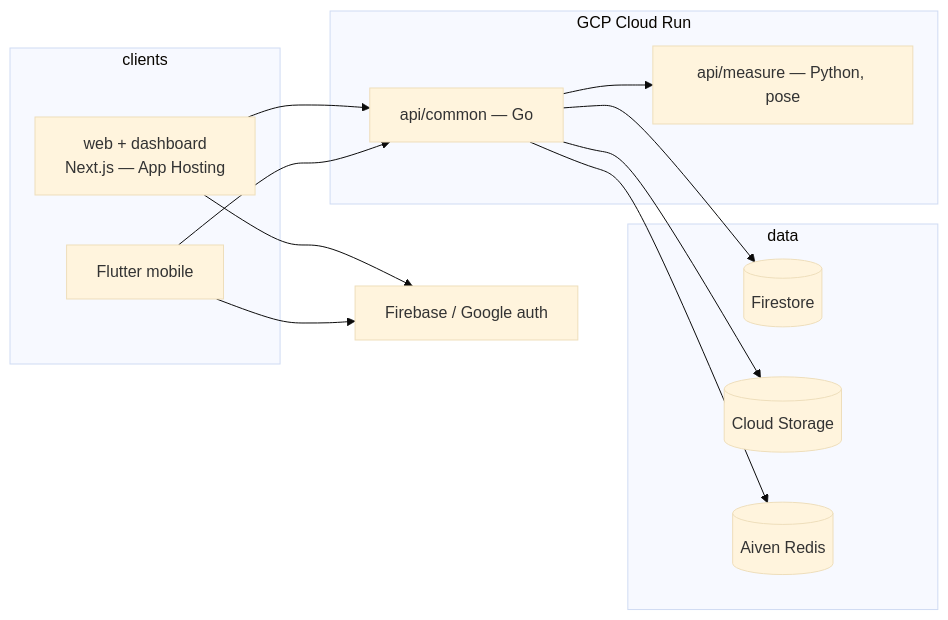
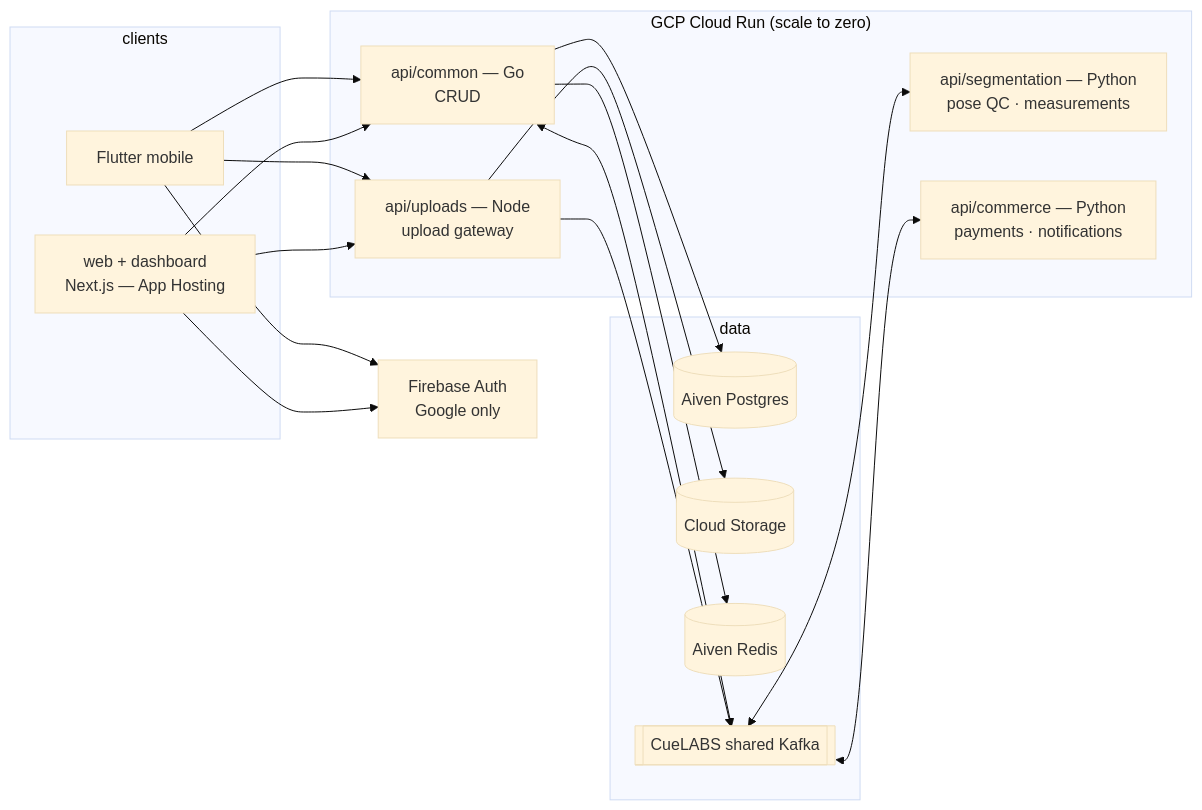
The diagram in README.md (cuesoftinc/apparule), drawn with Mermaid (base theme) before and after one commit. The commit also changed other lines of this file and 304 other files, not shown here.

First line of the commit message:
feat: build common, uploads, segmentation and commerce on the ratified system design (#244)

````diff
--- a/README.md
+++ b/README.md
@@ -20,25 +23,33 @@
 ```mermaid
 flowchart LR
     subgraph clients
         WEB[web + dashboard<br/>Next.js — App Hosting]
         MOB[Flutter mobile]
     end
-    FB[Firebase / Google auth]
-    subgraph server["GCP Cloud Run"]
-        AC[api/common — Go]
-        AM[api/measure — Python, pose]
+    FB[Firebase Auth<br/>Google only]
+    subgraph server["GCP Cloud Run (scale to zero)"]
+        AC[api/common — Go<br/>CRUD]
+        UP[api/uploads — Node<br/>upload gateway]
+        SG[api/segmentation — Python<br/>pose QC · measurements]
+        CM[api/commerce — Python<br/>payments · notifications]
     end
     subgraph data
-        FS[(Firestore)]
+        PG[(Aiven Postgres)]
         CS[(Cloud Storage)]
         RD[(Aiven Redis)]
+        K[[CueLABS shared Kafka]]
     end
     WEB --> FB
     MOB --> FB
     WEB --> AC
     MOB --> AC
-    AC --> AM
-    AC --> FS
-    AC --> CS
+    WEB --> UP
+    MOB --> UP
+    AC --> PG
     AC --> RD
+    UP --> CS
+    UP --> K
+    AC <--> K
+    K <--> SG
+    K <--> CM
 ```
````
